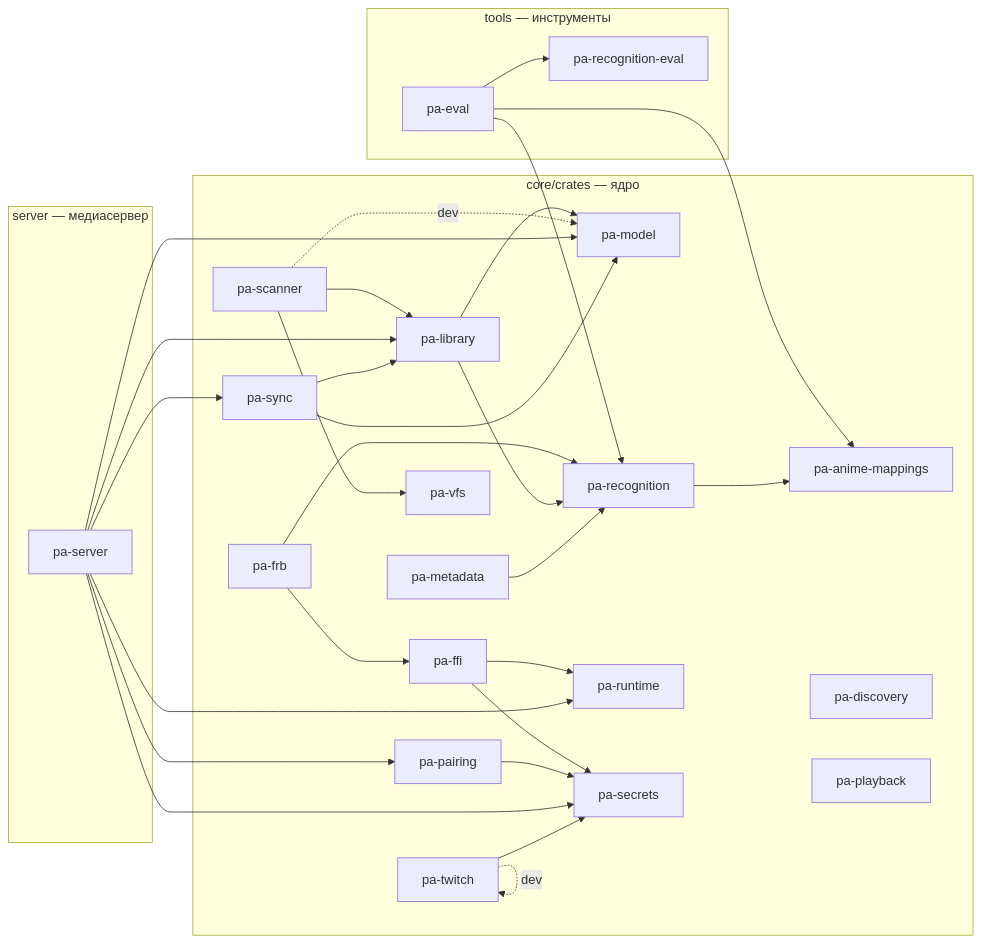
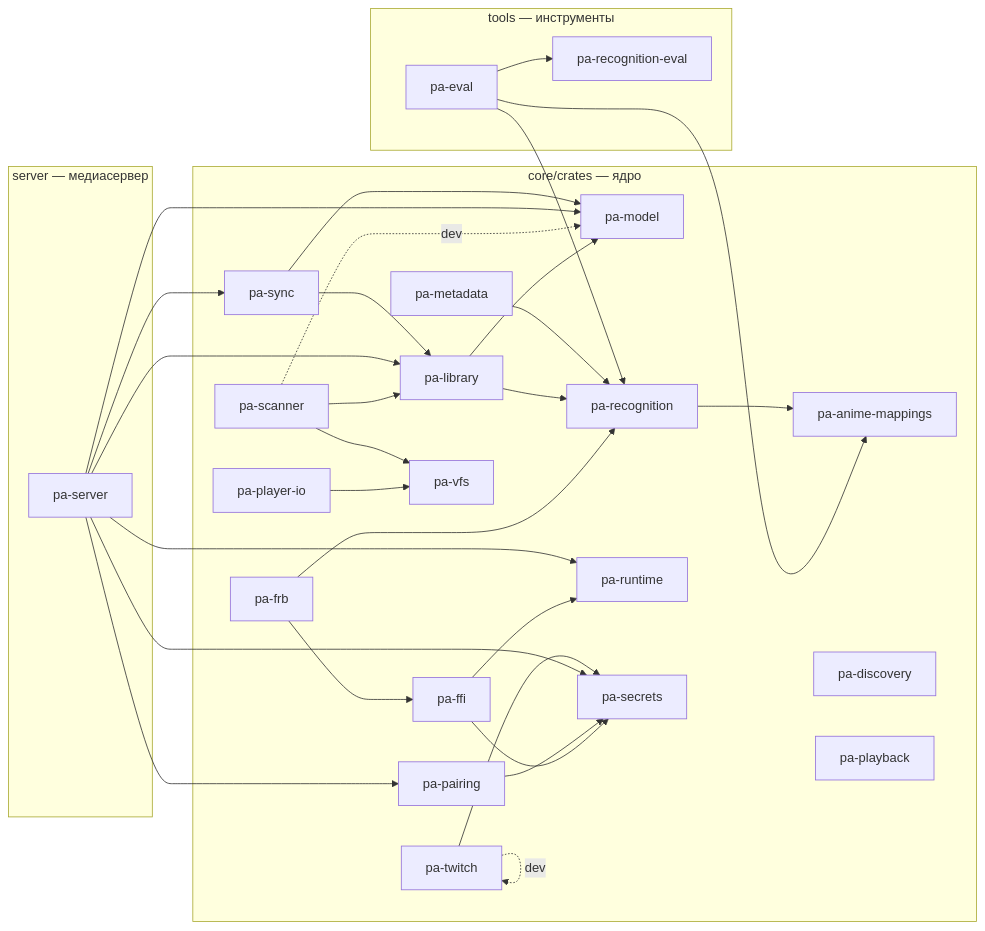
Before and after one commit to DenisHumen/project_alpha: the diagram in docs/dev/crate-graph.md, drawn with Mermaid. The commit also changed other lines of this file and 2 other files, not shown here.

Commit message:
Merge main; assign ADR numbers

````diff
--- a/docs/dev/crate-graph.md
+++ b/docs/dev/crate-graph.md
@@ -12,53 +12,55 @@
 ```mermaid
 flowchart LR
   subgraph g0["core/crates — ядро"]
     pa_anime_mappings["pa-anime-mappings"]
     pa_discovery["pa-discovery"]
     pa_ffi["pa-ffi"]
     pa_frb["pa-frb"]
     pa_library["pa-library"]
     pa_metadata["pa-metadata"]
     pa_model["pa-model"]
     pa_pairing["pa-pairing"]
     pa_playback["pa-playback"]
+    pa_player_io["pa-player-io"]
     pa_recognition["pa-recognition"]
     pa_runtime["pa-runtime"]
     pa_scanner["pa-scanner"]
     pa_secrets["pa-secrets"]
     pa_sync["pa-sync"]
     pa_twitch["pa-twitch"]
     pa_vfs["pa-vfs"]
   end
   subgraph g1["server — медиасервер"]
     pa_server["pa-server"]
   end
   subgraph g2["tools — инструменты"]
     pa_eval["pa-eval"]
     pa_recognition_eval["pa-recognition-eval"]
   end
   pa_eval --> pa_anime_mappings
   pa_eval --> pa_recognition
   pa_eval --> pa_recognition_eval
   pa_ffi --> pa_runtime
   pa_ffi --> pa_secrets
   pa_frb --> pa_ffi
   pa_frb --> pa_recognition
   pa_library --> pa_model
   pa_library --> pa_recognition
   pa_metadata --> pa_recognition
   pa_pairing --> pa_secrets
+  pa_player_io --> pa_vfs
   pa_recognition --> pa_anime_mappings
   pa_scanner --> pa_library
   pa_scanner -. dev .-> pa_model
   pa_scanner --> pa_vfs
   pa_server --> pa_library
   pa_server --> pa_model
   pa_server --> pa_pairing
   pa_server --> pa_runtime
   pa_server --> pa_secrets
   pa_server --> pa_sync
   pa_sync --> pa_library
   pa_sync --> pa_model
   pa_twitch --> pa_secrets
   pa_twitch -. dev .-> pa_twitch
 ```
````
